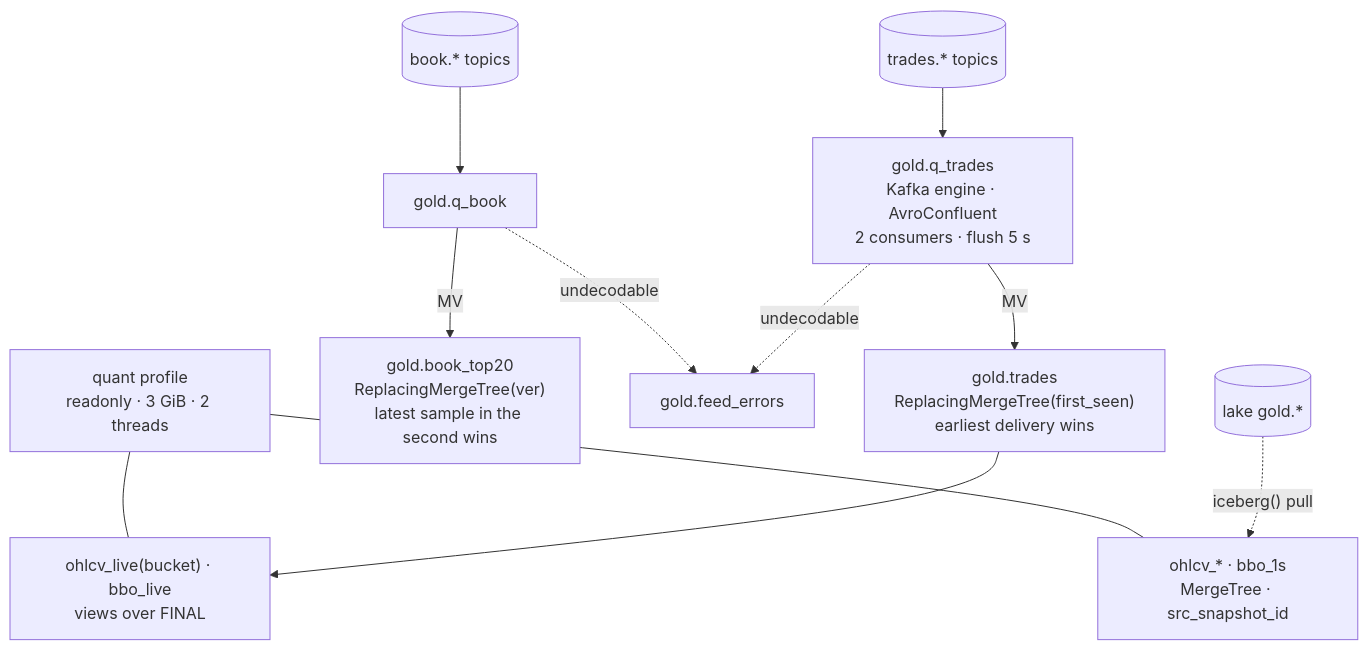
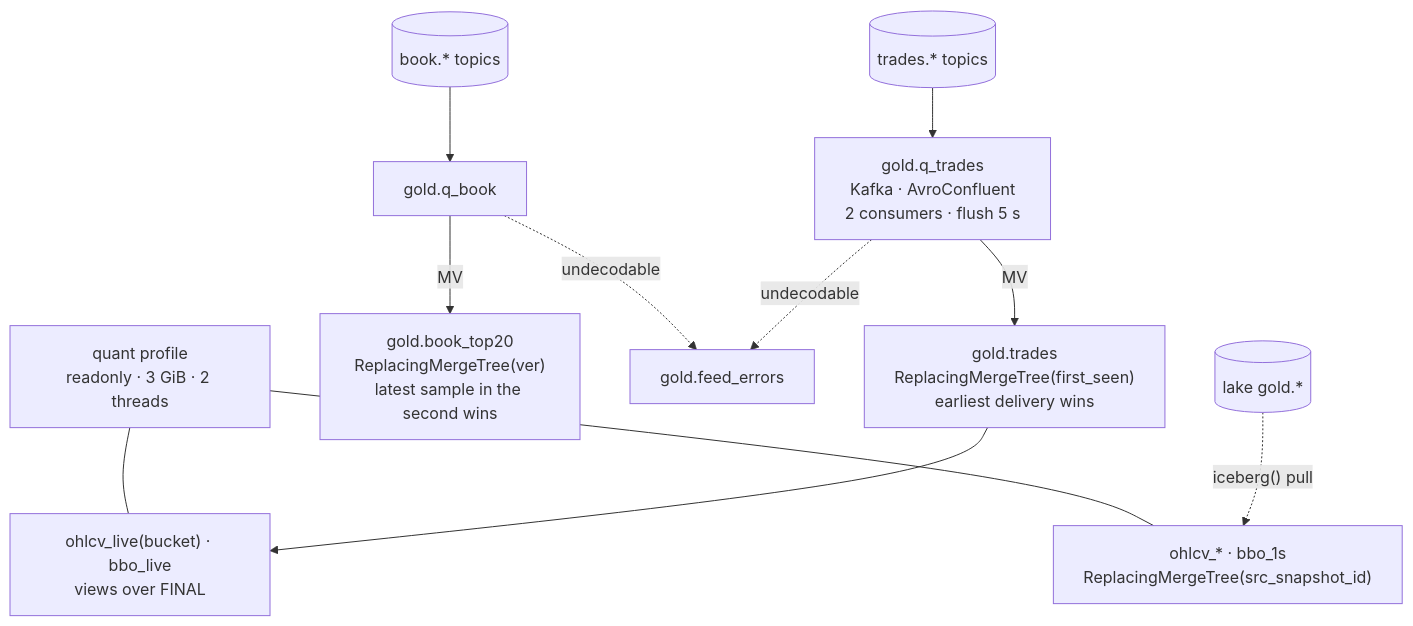
One commit to rjdscott/k2-market-data-platform changed the diagram in docs/architecture/10-clickhouse-gold.md. Above: the diagram before and after it, drawn with Mermaid. The commit also changed other lines of this file and 22 other files, not shown here.

First line of the commit message:
docs(architecture): concept chapters, book voice for 04-11, review pass (#110)

````diff
--- a/docs/architecture/10-clickhouse-gold.md
+++ b/docs/architecture/10-clickhouse-gold.md
@@ -13,11 +49,11 @@
 ```mermaid
 flowchart TB
-  T[("trades.* topics")] --> QT["gold.q_trades<br/>Kafka engine · AvroConfluent<br/>2 consumers · flush 5 s"]
+  T[("trades.* topics")] --> QT["gold.q_trades<br/>Kafka · AvroConfluent<br/>2 consumers · flush 5 s"]
   B[("book.* topics")] --> QB["gold.q_book"]
   QT -->|MV| TR["gold.trades<br/>ReplacingMergeTree(first_seen)<br/>earliest delivery wins"]
   QB -->|MV| BK["gold.book_top20<br/>ReplacingMergeTree(ver)<br/>latest sample in the second wins"]
   QT & QB -.->|"undecodable"| FE["gold.feed_errors"]
   TR --> LV["ohlcv_live(bucket) · bbo_live<br/>views over FINAL"]
-  LK[("lake gold.*")] -.->|"iceberg() pull"| PR["ohlcv_* · bbo_1s<br/>MergeTree · src_snapshot_id"]
+  LK[("lake gold.*")] -.->|"iceberg() pull"| PR["ohlcv_* · bbo_1s<br/>ReplacingMergeTree(src_snapshot_id)"]
   U["quant profile<br/>readonly · 3 GiB · 2 threads"] --- LV & PR
 ```
````
